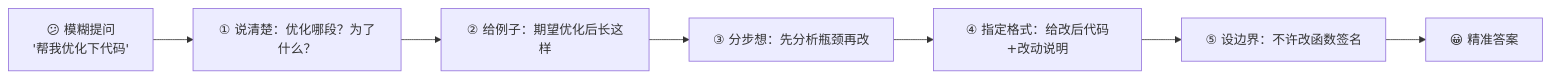
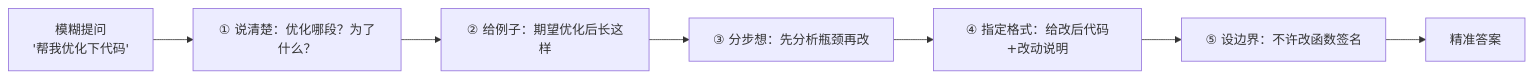
One commit to luckykhy/KhyAiHub changed the fourth of 6 diagrams in docs/02_CONCEPTS_概念入门/CONCEPT/[CONCEPT-07] 什么是Prompt-提示词.md. Above: the diagram before and after it, drawn with Mermaid. The commit also changed other lines of this file and 19 other files, not shown here.

````diff
--- a/docs/02_CONCEPTS_概念入门/CONCEPT/[CONCEPT-07] 什么是Prompt-提示词.md
+++ b/docs/02_CONCEPTS_概念入门/CONCEPT/[CONCEPT-07] 什么是Prompt-提示词.md
@@ -137,10 +137,10 @@
 ```mermaid
 flowchart LR
-  Q["😕 模糊提问<br/>'帮我优化下代码'"]
+  Q["模糊提问<br/>'帮我优化下代码'"]
   Q --> STEP1["① 说清楚：优化哪段？为了什么？"]
   STEP1 --> STEP2["② 给例子：期望优化后长这样"]
   STEP2 --> STEP3["③ 分步想：先分析瓶颈再改"]
   STEP3 --> STEP4["④ 指定格式：给改后代码+改动说明"]
   STEP4 --> STEP5["⑤ 设边界：不许改函数签名"]
-  STEP5 --> A["😀 精准答案"]
+  STEP5 --> A["精准答案"]
 ```
````
